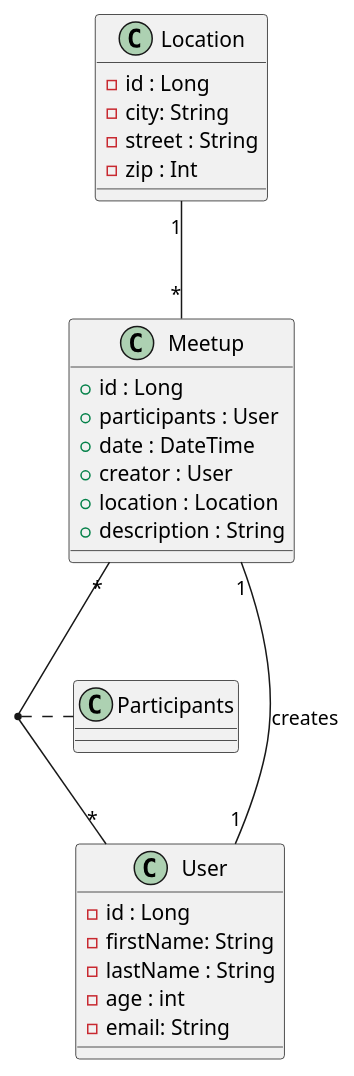
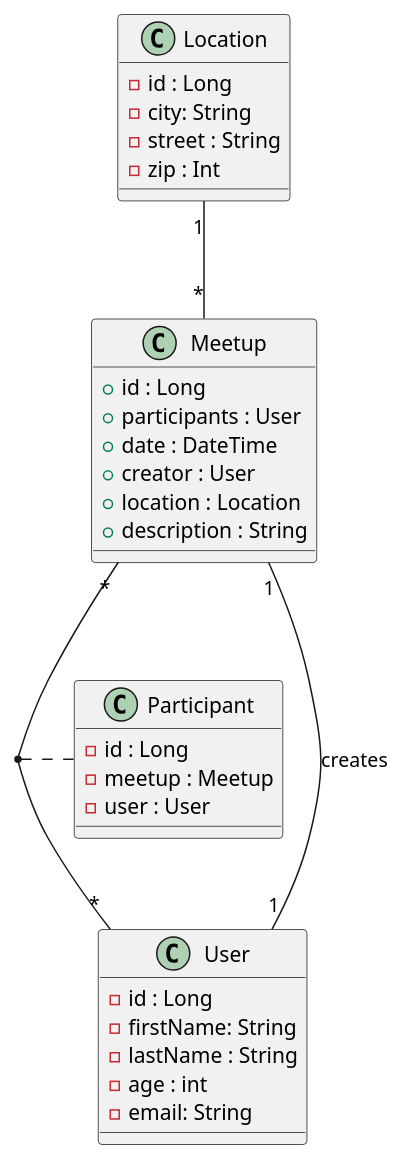
One commit to 2223-3bhif-syp/02-projekte-mopedmeetup changed the diagram in asciidocs/Klassendiagramm.adoc. Above: the diagram before and after it, drawn with PlantUML.

Commit message:
updated cld jet again

```diff
--- a/asciidocs/Klassendiagramm.adoc
+++ b/asciidocs/Klassendiagramm.adoc
@@ -5,32 +5,38 @@
 [plantuml, target=diagram-classes, format=png]
 ....
 class User {
     - id : Long
     - firstName: String
     - lastName : String
     - age : int
     - email: String
 }
 class Meetup {
     + id : Long
     + participants : User
     + date : DateTime
     + creator : User
     + location : Location
     + description : String
 }
 
 class Location {
     - id : Long
     - city: String
     - street : String
     - zip : Int
 }
 
+class Participant {
+    - id : Long
+    - meetup : Meetup
+    - user : User
+}
+
 
 
 Location "1"--"*" Meetup : ""
 Meetup "1"--"1" User : "creates"
 Meetup "*"--"*" User : ""
-(User, Meetup) .. Participants
+(User, Meetup) .. Participant
 ....
```
